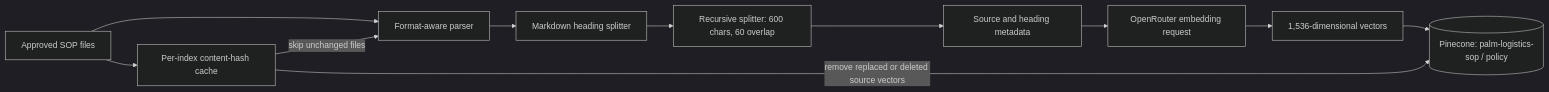
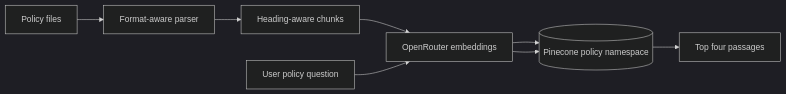
Before and after one commit to farazahmad-ai/palm-logistics-ai-assistant: the fifth of 7 diagrams in docs/architecture.md, drawn with Mermaid (dark theme). The commit also changed other lines of this file and 8 other files, not shown here.

Commit message:
docs: align architecture and deployment roadmap

````diff
--- a/docs/architecture.md
+++ b/docs/architecture.md
@@ -202,17 +154,13 @@
 ```mermaid
 flowchart LR
-    SOP[Approved SOP files]
+    FILES[Policy files]
     PARSE[Format-aware parser]
-    HEAD[Markdown heading splitter]
-    CHUNK[Recursive splitter: 600 chars, 60 overlap]
-    META[Source and heading metadata]
-    EMBED[OpenRouter embedding request]
-    VECTOR[1,536-dimensional vectors]
-    INDEX[(Pinecone: palm-logistics-sop / policy)]
-    CACHE[Per-index content-hash cache]
+    CHUNK[Heading-aware chunks]
+    EMBED[OpenRouter embeddings]
+    INDEX[(Pinecone policy namespace)]
+    QUERY[User policy question]
+    TOPK[Top four passages]
 
-    SOP --> PARSE --> HEAD --> CHUNK --> META --> EMBED --> VECTOR --> INDEX
-    SOP --> CACHE
-    CACHE -->|skip unchanged files| PARSE
-    CACHE -->|remove replaced or deleted source vectors| INDEX
+    FILES --> PARSE --> CHUNK --> EMBED --> INDEX
+    QUERY --> EMBED --> INDEX --> TOPK
 ```
````
